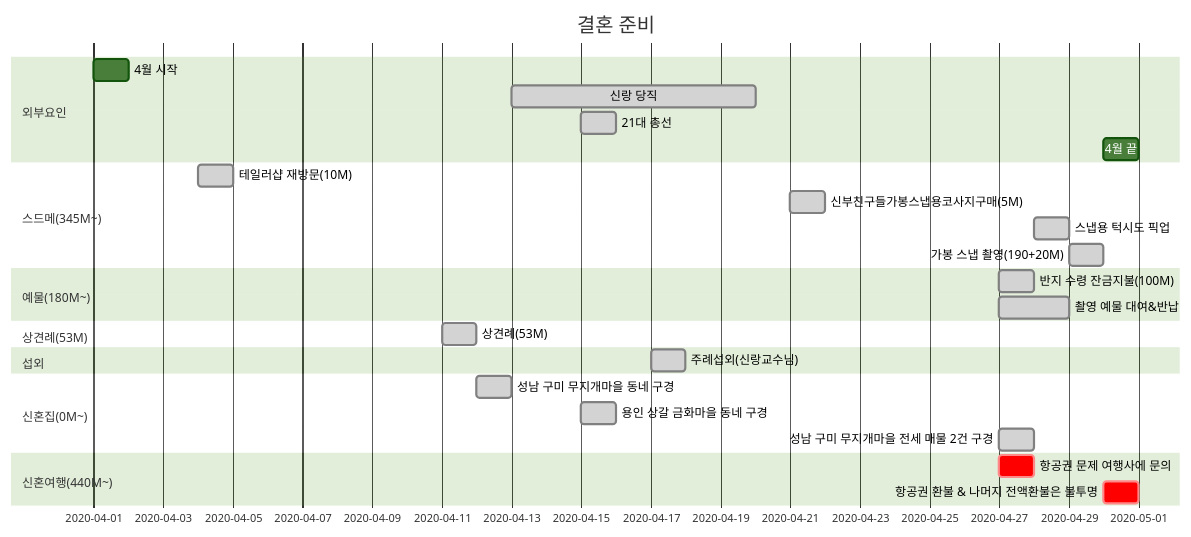
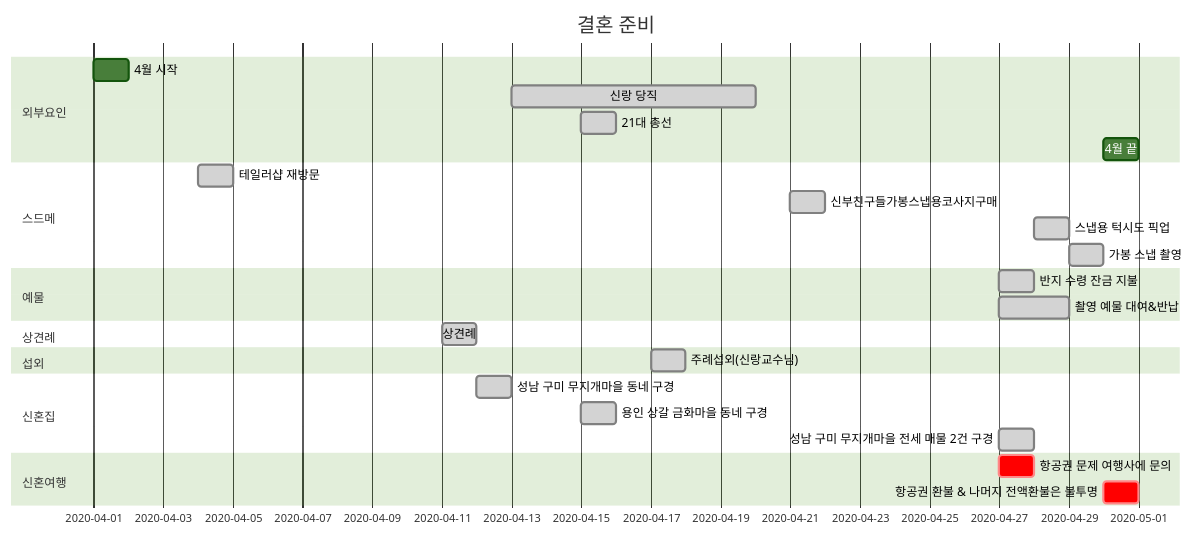
The diagram in docs/plan/april.rst (rino0601/hjk52knk), drawn with Mermaid (forest theme) before and after one commit. The commit also changed 13 other files, not shown here.

```diff
--- a/docs/plan/april.rst
+++ b/docs/plan/april.rst
@@ -4,36 +4,36 @@
 .. mermaid::
 
    gantt
    title 결혼 준비
    dateFormat  YYYY-MM-DD
 
    section 외부요인
       4월 시작: 2020-04-01, 1d
       신랑 당직: done, 2020-04-13, 2020-04-20
       21대 총선: done, 2020-04-15, 1d
       4월 끝: 2020-04-30, 1d
 
-   section 스드메(345M~)
-      테일러샵 재방문(10M): done, 2020-04-04, 1d
-      신부친구들가봉스냅용코사지구매(5M): done, 2020-04-21, 1d
+   section 스드메
+      테일러샵 재방문: done, 2020-04-04, 1d
+      신부친구들가봉스냅용코사지구매: done, 2020-04-21, 1d
       스냅용 턱시도 픽업: done, 2020-04-28, 1d
-      가봉 스냅 촬영(190+20M): done, 2020-04-29, 1d
+      가봉 스냅 촬영: done, 2020-04-29, 1d
 
-   section 예물(180M~)
-      반지 수령 잔금지불(100M): done, 2020-04-27, 1d
+   section 예물
+      반지 수령 잔금 지불: done, 2020-04-27, 1d
       촬영 예물 대여&반납: done, 2020-04-27, 2020-04-29
 
-   section 상견례(53M)
-      상견례(53M): done, 2020-04-11, 1d
+   section 상견례
+      상견례: done, 2020-04-11, 1d
 
    section 섭외
       주례섭외(신랑교수님): done, 2020-04-17, 1d
 
-   section 신혼집(0M~)
+   section 신혼집
       성남 구미 무지개마을 동네 구경: done, 2020-04-12, 1d
       용인 상갈 금화마을 동네 구경: done, 2020-04-15, 1d
       성남 구미 무지개마을 전세 매물 2건 구경: done, 2020-04-27, 1d
 
-   section 신혼여행(440M~)
+   section 신혼여행
       항공권 문제 여행사에 문의: crit, 2020-04-27, 1d
       항공권 환불 & 나머지 전액환불은 불투명: crit, 2020-04-30, 1d
```
